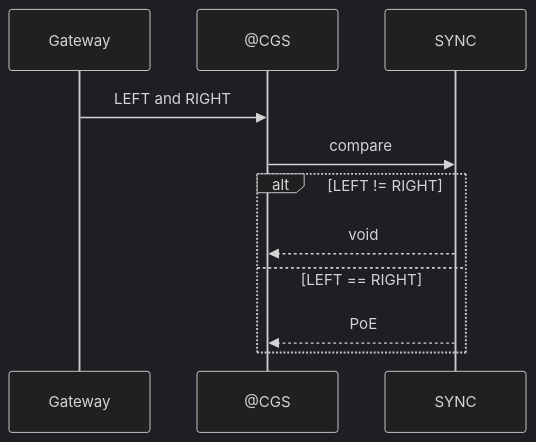
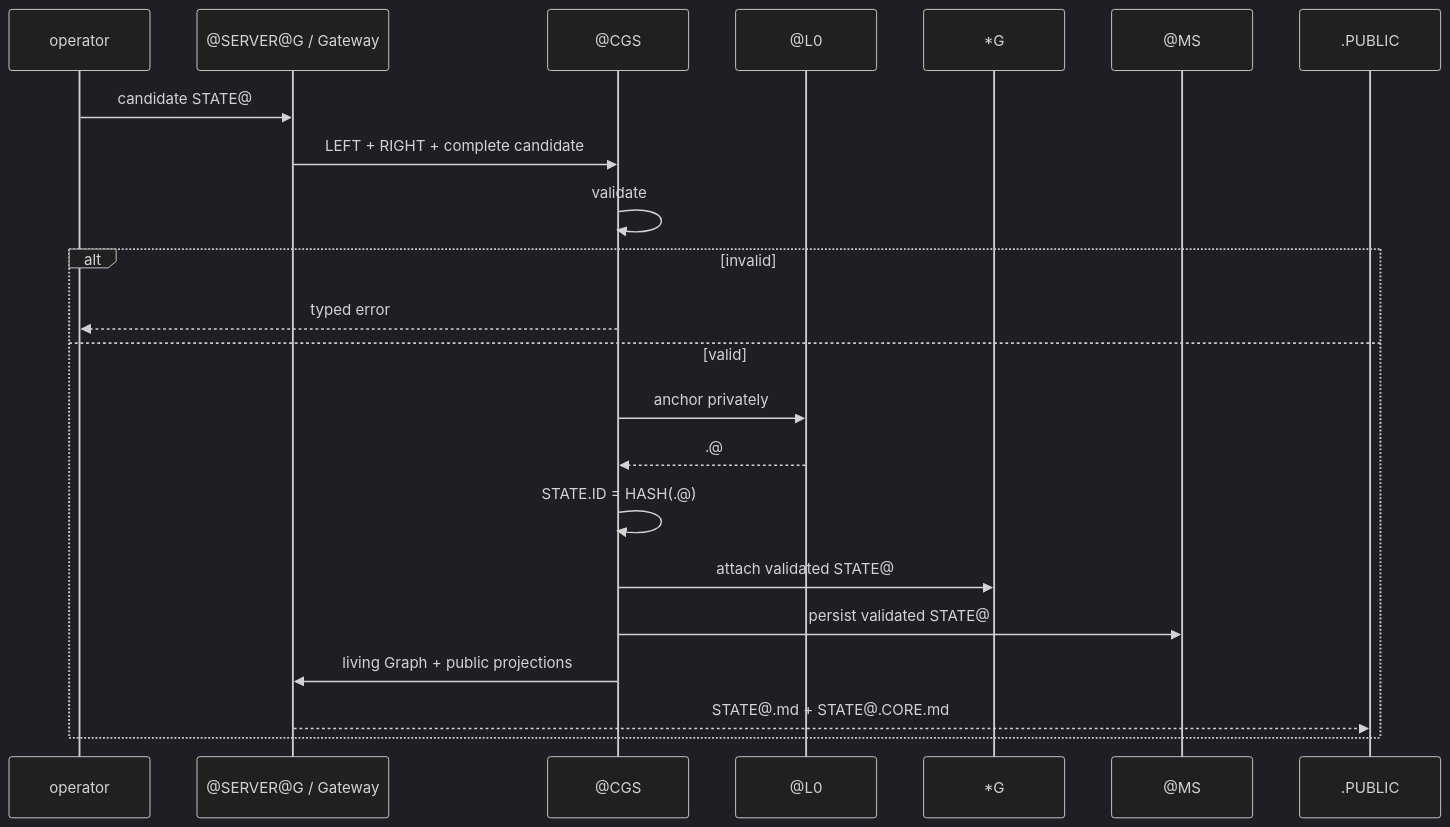
One commit to flipoyo/ComplexGitSync changed the diagram in .cgitsync/.CORE/.CGS/.ONTOLOGY/@CGS.md. Above: the diagram before and after it, drawn with Mermaid (dark theme). The commit also changed other lines of this file and 40 other files, not shown here.

````diff
--- a/.cgitsync/.CORE/.CGS/.ONTOLOGY/@CGS.md
+++ b/.cgitsync/.CORE/.CGS/.ONTOLOGY/@CGS.md
@@ -532,15 +196,25 @@
 ```mermaid
 sequenceDiagram
-    participant G as Gateway
+    participant O as operator
+    participant S as @SERVER@G / Gateway
     participant C as @CGS
-    participant S as SYNC
+    participant L as @L0
+    participant G as *G
+    participant M as @MS
+    participant P as .PUBLIC
 
-    G->>C: LEFT and RIGHT
-    C->>S: compare
-
-    alt LEFT != RIGHT
-        S-->>C: void
-    else LEFT == RIGHT
-        S-->>C: PoE
+    O->>S: candidate STATE@
+    S->>C: LEFT + RIGHT + complete candidate
+    C->>C: validate
+    alt invalid
+        C-->>O: typed error
+    else valid
+        C->>L: anchor privately
+        L-->>C: .@
+        C->>C: STATE.ID = HASH(.@)
+        C->>G: attach validated STATE@
+        C->>M: persist validated STATE@
+        C->>S: living Graph + public projections
+        S-->>P: STATE@.md + STATE@.CORE.md
     end
 ```
````
